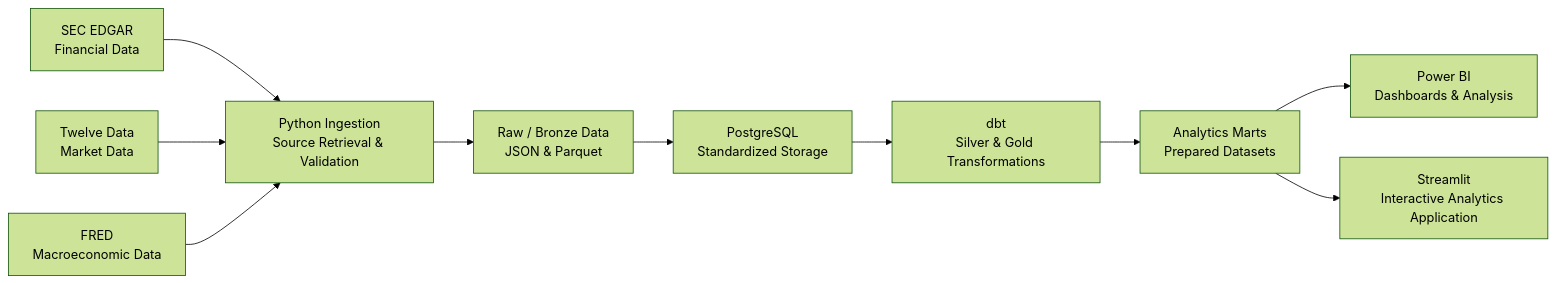
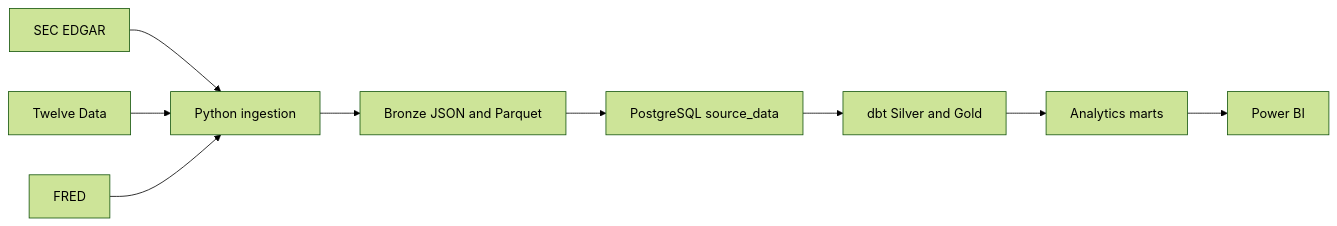
Before and after one commit to sorravit-te/FinStream: the diagram in README.md, drawn with Mermaid (forest theme). The commit also changed other lines of this file and 22 other files, not shown here.

````diff
--- a/README.md
+++ b/README.md
@@ -36,13 +27,11 @@
 ```mermaid
 flowchart LR
-    A[SEC EDGAR<br/>Financial Data] --> D[Python Ingestion<br/>Source Retrieval & Validation]
-    B[Twelve Data<br/>Market Data] --> D
-    C[FRED<br/>Macroeconomic Data] --> D
-
-    D --> E[Raw / Bronze Data<br/>JSON & Parquet]
-    E --> F[PostgreSQL<br/>Standardized Storage]
-    F --> G[dbt<br/>Silver & Gold Transformations]
-    G --> H[Analytics Marts<br/>Prepared Datasets]
-    H --> I[Power BI<br/>Dashboards & Analysis]
-    H --> J[Streamlit<br/>Interactive Analytics Application]
+    A[SEC EDGAR] --> D[Python ingestion]
+    B[Twelve Data] --> D
+    C[FRED] --> D
+    D --> E[Bronze JSON and Parquet]
+    E --> F[PostgreSQL source_data]
+    F --> G[dbt Silver and Gold]
+    G --> H[Analytics marts]
+    H --> I[Power BI]
 ```
````
